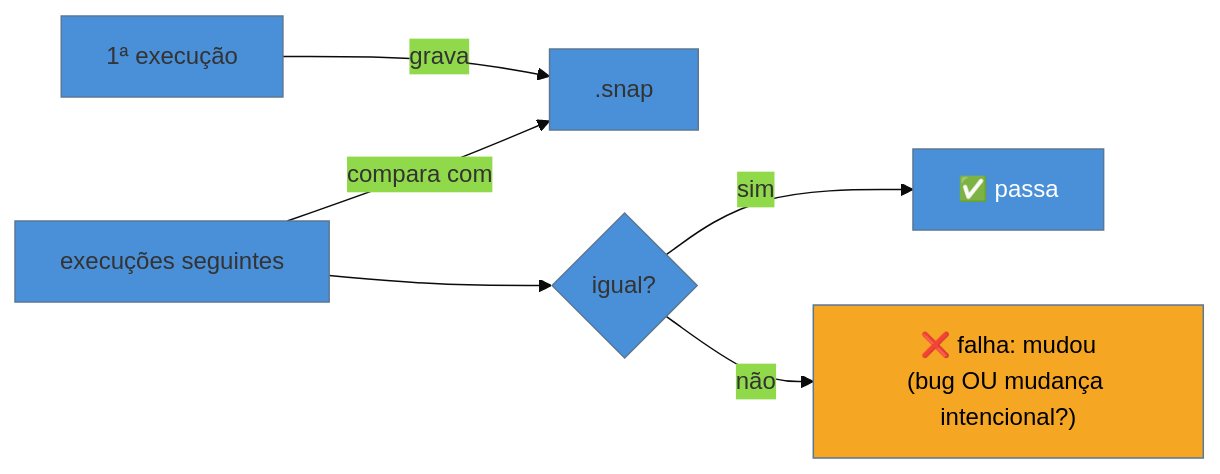
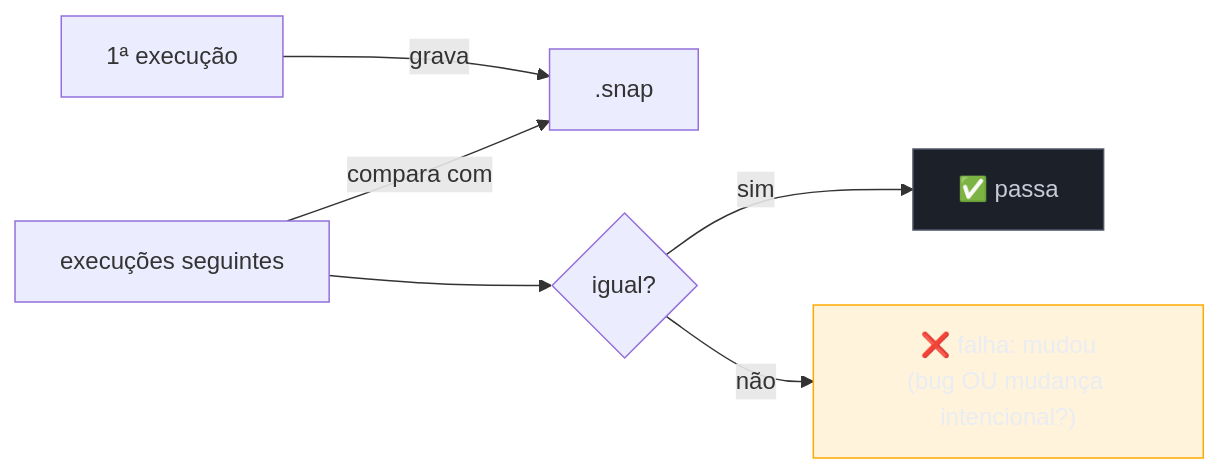
Before and after one commit to josenaldo/codex-technomanticus: the diagram in 03-Dominios/Tecnologia/Testes JS/11 - Snapshot testing.md, drawn with Mermaid. The commit also changed 1181 other files, not shown here.

First line of the commit message:
fix(diagramas): paleta do sistema no lugar de cor cravada no markdown

````diff
--- a/03-Dominios/Tecnologia/Testes JS/11 - Snapshot testing.md
+++ b/03-Dominios/Tecnologia/Testes JS/11 - Snapshot testing.md
@@ -39,11 +39,12 @@
 ```mermaid
-%%{init: {"theme": "base", "themeVariables": {"primaryColor": "#4A90D9"}}}%%
 graph LR
+    classDef neutro fill:#1B2029,stroke:#4E5666,color:#C6CCD8
+    classDef destaque fill:#FFAA0024,stroke:#FFAA00,color:#E9ECF2
     A[1ª execução] -->|grava| B[.snap]
     C[execuções seguintes] -->|compara com| B
     C --> D{igual?}
     D -->|sim| E[✅ passa]
     D -->|não| F["❌ falha: mudou<br/>(bug OU mudança intencional?)"]
-    style E fill:#4A90D9,color:#fff
-    style F fill:#F5A623,color:#000
+    class E neutro
+    class F destaque
 ```
````
